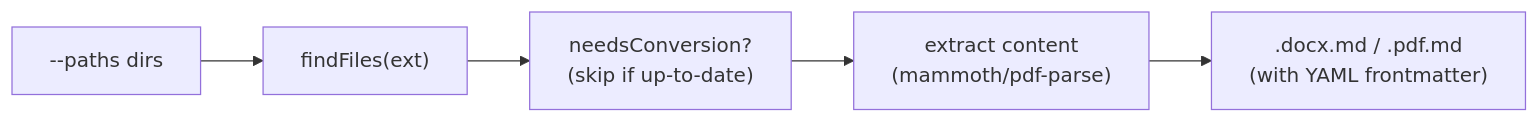
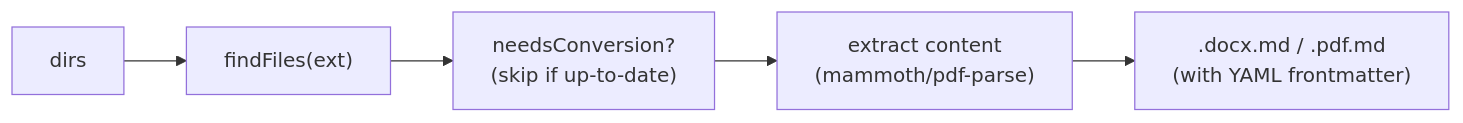
Before and after one commit to karmaniverous/jeeves-scripts-core: the diagram in packages/core/guides/convert.md, drawn with Mermaid. The commit also changed other lines of this file and 21 other files, not shown here.

````diff
--- a/packages/core/guides/convert.md
+++ b/packages/core/guides/convert.md
@@ -14,7 +22,7 @@
 ```mermaid
 flowchart LR
-  paths["--paths dirs"] --> find["findFiles(ext)"]
+  paths["dirs"] --> find["findFiles(ext)"]
   find --> check["needsConversion?\n(skip if up-to-date)"]
   check --> extract["extract content\n(mammoth/pdf-parse)"]
   extract --> output[".docx.md / .pdf.md\n(with YAML frontmatter)"]
 ```
````
